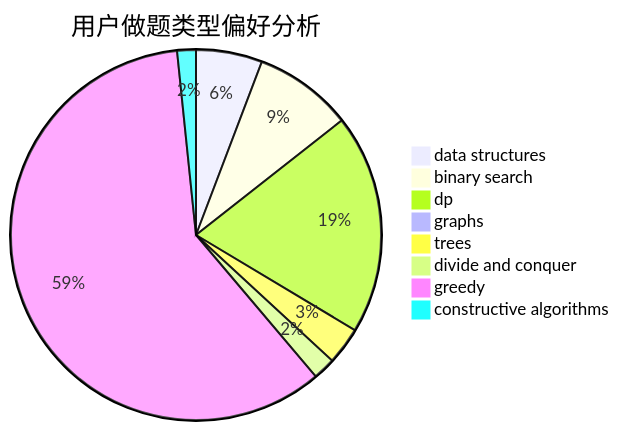
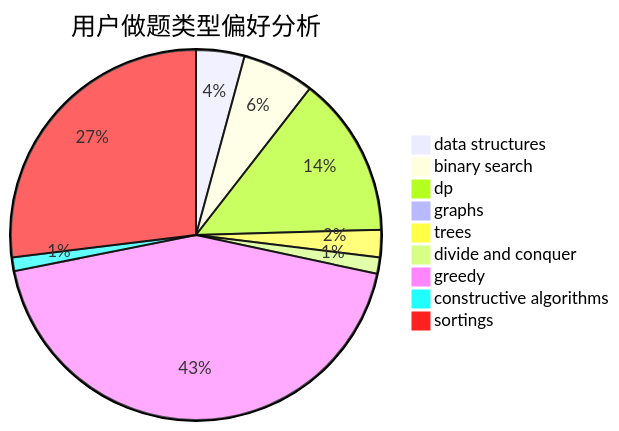
Before and after one commit to sherpahu/cfrs.github.io: the second of 3 diagrams in docs/user/u665.md, drawn with Mermaid. The commit also changed other lines of this file and 2769 other files, not shown here.

````diff
--- a/docs/user/u665.md
+++ b/docs/user/u665.md
@@ -23,11 +18,12 @@
 ```mermaid
 pie title 用户做题类型偏好分析
     "data structures" :  53
     "binary search" :  79
     "dp" :  176
     "graphs" :  2
     "trees" :  30
     "divide and conquer" :  18
     "greedy" :  546
     "constructive algorithms" :  15
+    "sortings" :  338
 ```
````
